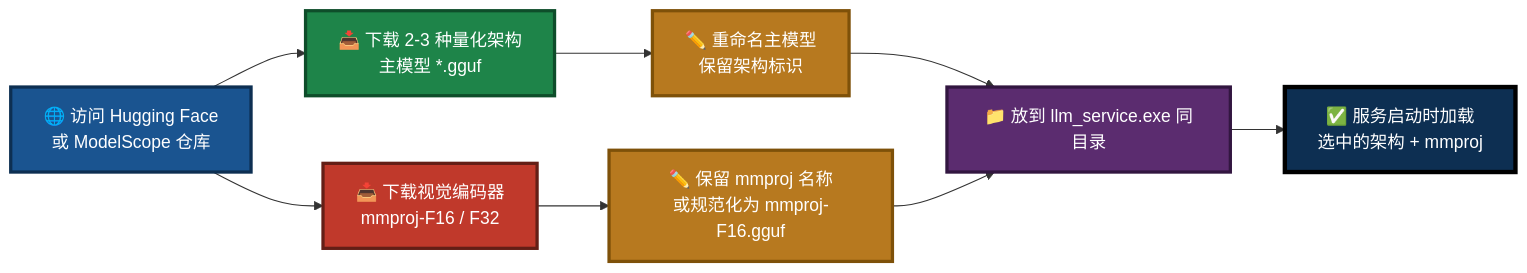
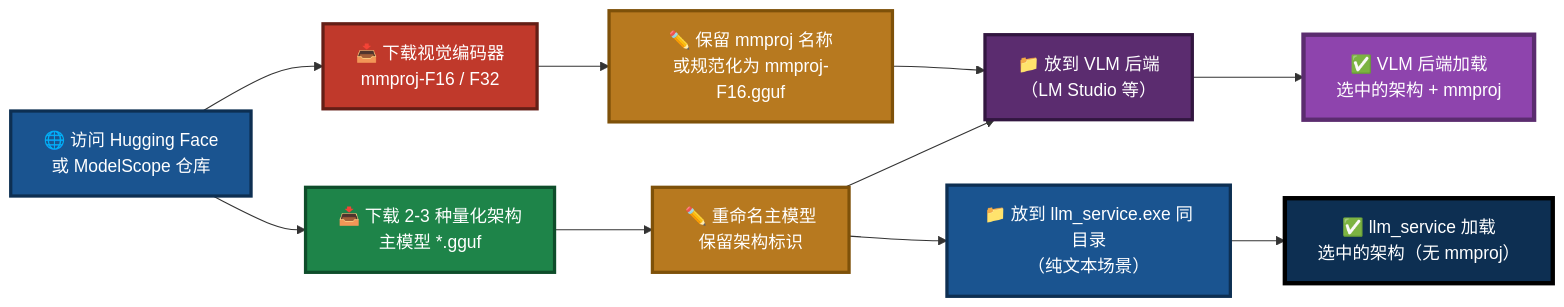
Diagram 12 of 16 in NVIDIA-Nemotron-3-Nano-Omni-30B-A3B-Reasoning-UD-IQ4_XS.md (PassByYou888/LingoFuse-pasAgent-v3), drawn with Mermaid before and after one commit. The commit also changed other lines of this file, not shown here.

````diff
--- a/NVIDIA-Nemotron-3-Nano-Omni-30B-A3B-Reasoning-UD-IQ4_XS.md
+++ b/NVIDIA-Nemotron-3-Nano-Omni-30B-A3B-Reasoning-UD-IQ4_XS.md
@@ -609,18 +638,22 @@
 ```mermaid
 flowchart LR
     A["🌐 访问 Hugging Face<br/>或 ModelScope 仓库"] --> B["📥 下载 2-3 种量化架构<br/>主模型 *.gguf"]
     A --> C["📥 下载视觉编码器<br/>mmproj-F16 / F32"]
     B --> D["✏️ 重命名主模型<br/>保留架构标识"]
     C --> E["✏️ 保留 mmproj 名称<br/>或规范化为 mmproj-F16.gguf"]
-    D --> F["📁 放到 llm_service.exe 同目录"]
-    E --> F
-    F --> G["✅ 服务启动时加载<br/>选中的架构 + mmproj"]
+    D --> F1["📁 放到 VLM 后端<br/>（LM Studio 等）"]
+    E --> F1
+    D --> F2["📁 放到 llm_service.exe 同目录<br/>（纯文本场景）"]
+    F1 --> G["✅ VLM 后端加载<br/>选中的架构 + mmproj"]
+    F2 --> H["✅ llm_service 加载<br/>选中的架构（无 mmproj）"]
 
     style A fill:#1A5490,stroke:#0D2F52,stroke-width:3px,color:#FFFFFF
     style B fill:#1E8449,stroke:#0E4D2A,stroke-width:3px,color:#FFFFFF
     style C fill:#C0392B,stroke:#641E16,stroke-width:3px,color:#FFFFFF
     style D fill:#B7791F,stroke:#7E5109,stroke-width:3px,color:#FFFFFF
     style E fill:#B7791F,stroke:#7E5109,stroke-width:3px,color:#FFFFFF
-    style F fill:#5B2C6F,stroke:#321640,stroke-width:3px,color:#FFFFFF
-    style G fill:#0D2F52,stroke:#000000,stroke-width:4px,color:#FFFFFF
+    style F1 fill:#5B2C6F,stroke:#321640,stroke-width:3px,color:#FFFFFF
+    style F2 fill:#1A5490,stroke:#0D2F52,stroke-width:3px,color:#FFFFFF
+    style G fill:#8E44AD,stroke:#5B2C6F,stroke-width:4px,color:#FFFFFF
+    style H fill:#0D2F52,stroke:#000000,stroke-width:4px,color:#FFFFFF
 ```
````
